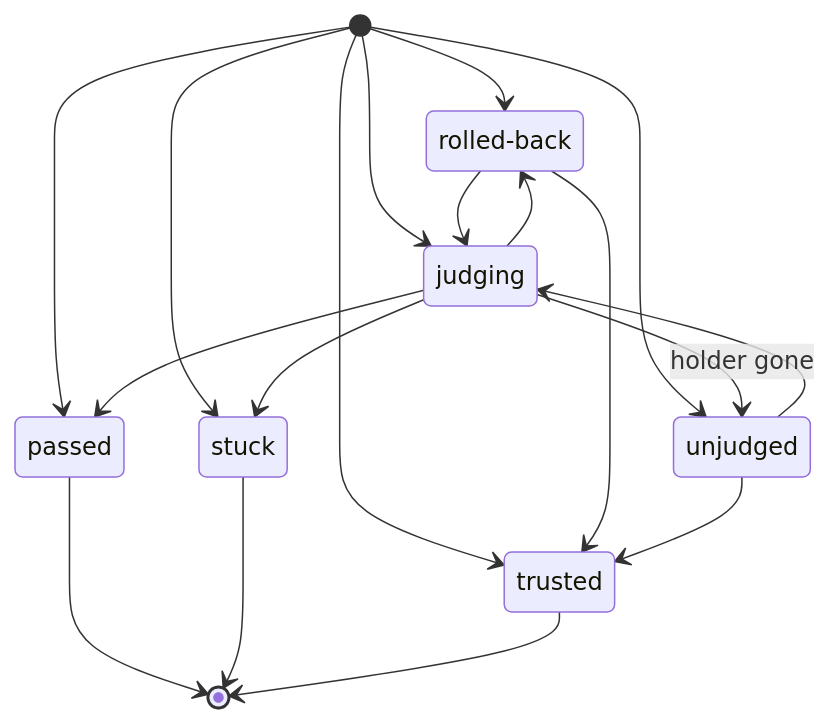
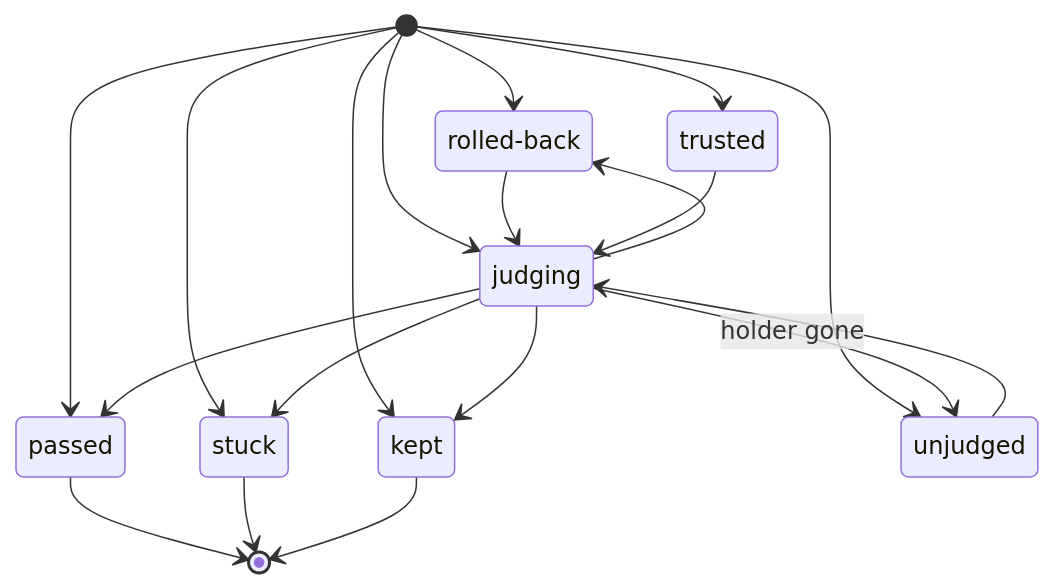
The diagram in docs/rationale/state-machines/runtime-canary.md (tompassarelli/north), drawn with Mermaid before and after one commit. The commit also changed other lines of this file and 8 other files, not shown here.

````diff
--- a/docs/rationale/state-machines/runtime-canary.md
+++ b/docs/rationale/state-machines/runtime-canary.md
@@ -6,21 +6,22 @@
 ```mermaid
 stateDiagram-v2
     state "rolled-back" as rolled_back
     [*] --> judging
+    [*] --> kept
     [*] --> passed
     [*] --> rolled_back
     [*] --> stuck
     [*] --> trusted
     [*] --> unjudged
+    judging --> kept
     judging --> passed
     judging --> rolled_back
     judging --> stuck
     judging --> unjudged: holder gone
     rolled_back --> judging
-    rolled_back --> trusted
+    trusted --> judging
     unjudged --> judging
-    unjudged --> trusted
     passed --> [*]
     stuck --> [*]
-    trusted --> [*]
+    kept --> [*]
 ```
````
